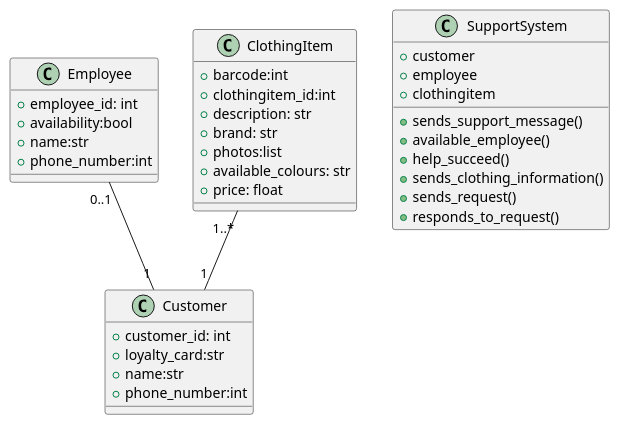
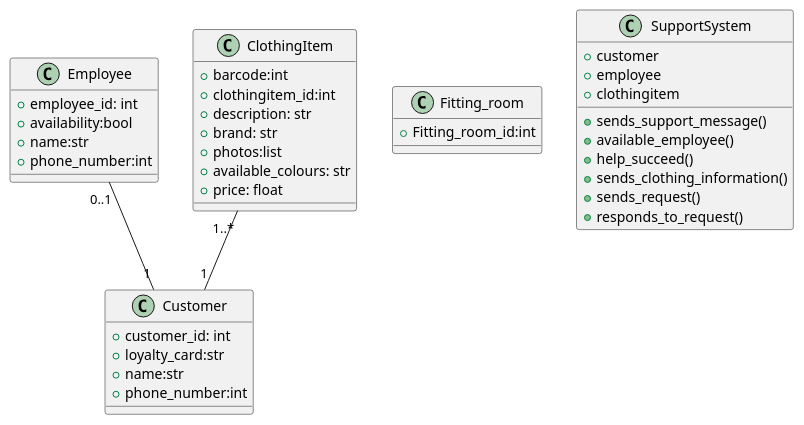
Before and after one commit to ap25015-source/efp1-2025-assignment-team18: the diagram in Diagrams/class.puml, drawn with PlantUML. The commit also changed 3 other files, not shown here.

Commit message:
class fitting room στο models.py και services.py και class.puml

```diff
--- a/Diagrams/class.puml
+++ b/Diagrams/class.puml
@@ -1,40 +1,44 @@
 @startuml class
 class Customer {
   +customer_id: int
   +loyalty_card:str
   +name:str
   +phone_number:int
 }
  
 class Employee {
   +employee_id: int
   +availability:bool
   +name:str
   +phone_number:int
 }
  
 class ClothingItem {
   +barcode:int
   +clothingitem_id:int
   +description: str
   +brand: str
   +photos:list
   +available_colours: str
   +price: float
 }
 
+class Fitting_room{
+  +Fitting_room_id:int
+}
+
 class SupportSystem {
   +customer
   +employee
   +clothingitem
   +sends_support_message()
   +available_employee()
   +help_succeed()
   +sends_clothing_information()
   +sends_request()
   +responds_to_request()
 }
  
 ClothingItem "1..*" -- "1" Customer
 Employee "0..1" -- "1" Customer
 @enduml
```
